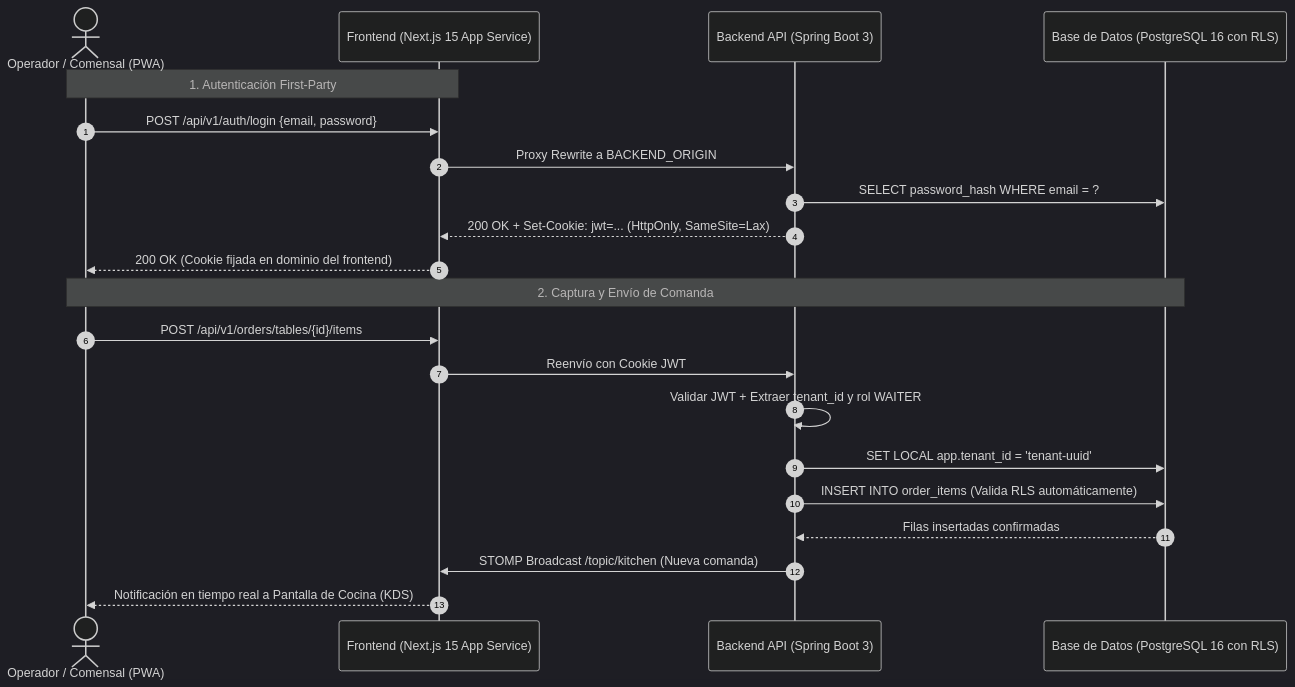
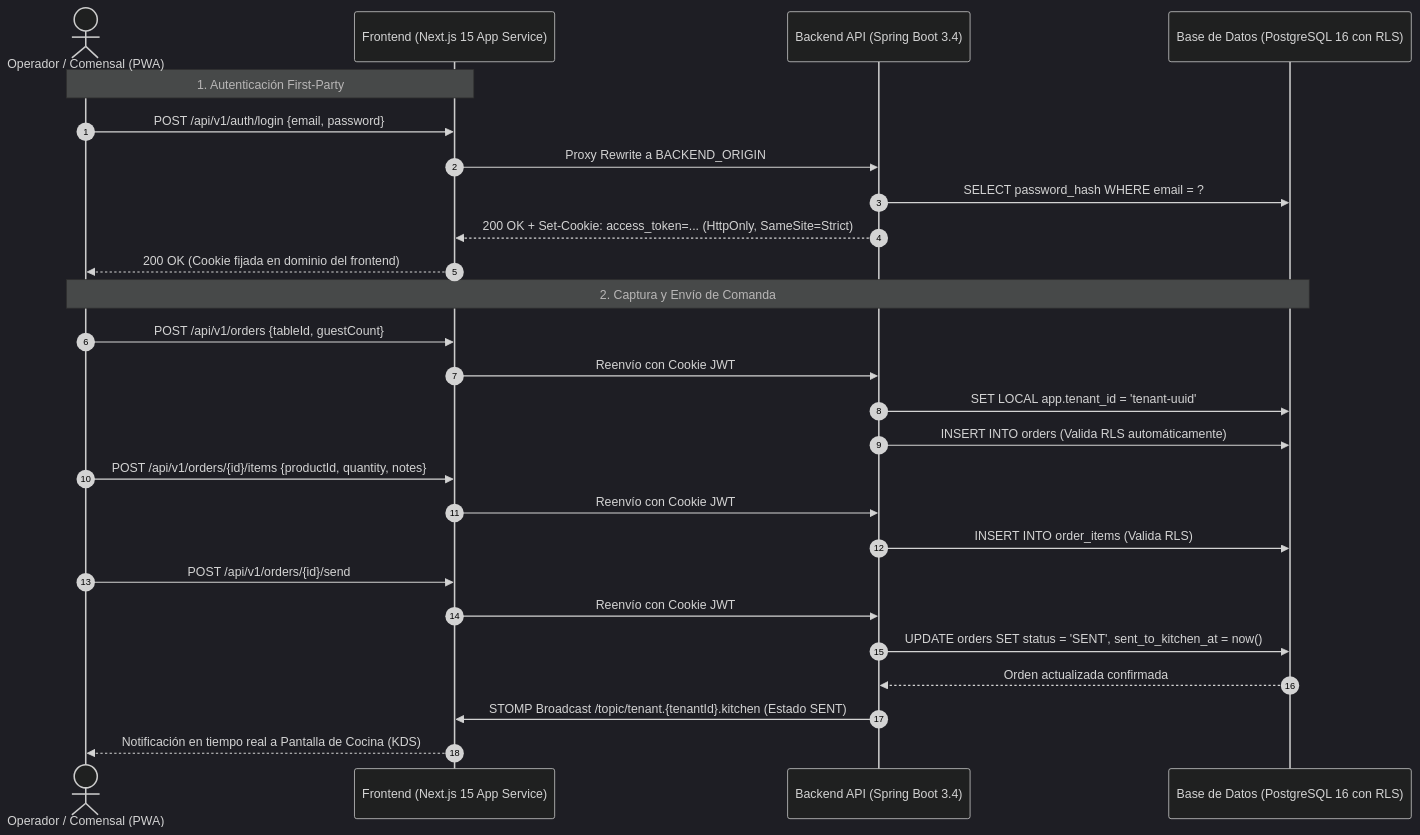
One commit to LudwinGarcia1/callejon9-saas changed the diagram in docs/cal-67-pwa-plataformas-pruebas-beta.md. Above: the diagram before and after it, drawn with Mermaid (dark theme). The commit also changed other lines of this file, not shown here.

````diff
--- a/docs/cal-67-pwa-plataformas-pruebas-beta.md
+++ b/docs/cal-67-pwa-plataformas-pruebas-beta.md
@@ -126,25 +143,30 @@
 ```mermaid
 sequenceDiagram
     autonumber
     actor Usuario as Operador / Comensal (PWA)
     participant NextJS as Frontend (Next.js 15 App Service)
-    participant Spring as Backend API (Spring Boot 3)
+    participant Spring as Backend API (Spring Boot 3.4)
     participant Postgres as Base de Datos (PostgreSQL 16 con RLS)
 
     Note over Usuario,NextJS: 1. Autenticación First-Party
     Usuario->>NextJS: POST /api/v1/auth/login {email, password}
     NextJS->>Spring: Proxy Rewrite a BACKEND_ORIGIN
     Spring->>Postgres: SELECT password_hash WHERE email = ?
-    Spring-->>NextJS: 200 OK + Set-Cookie: jwt=... (HttpOnly, SameSite=Lax)
+    Spring-->>NextJS: 200 OK + Set-Cookie: access_token=... (HttpOnly, SameSite=Strict)
     NextJS-->>Usuario: 200 OK (Cookie fijada en dominio del frontend)
 
     Note over Usuario,Postgres: 2. Captura y Envío de Comanda
-    Usuario->>NextJS: POST /api/v1/orders/tables/{id}/items
+    Usuario->>NextJS: POST /api/v1/orders {tableId, guestCount}
     NextJS->>Spring: Reenvío con Cookie JWT
-    Spring->>Spring: Validar JWT + Extraer tenant_id y rol WAITER
     Spring->>Postgres: SET LOCAL app.tenant_id = 'tenant-uuid'
-    Spring->>Postgres: INSERT INTO order_items (Valida RLS automáticamente)
-    Postgres-->>Spring: Filas insertadas confirmadas
-    Spring->>NextJS: STOMP Broadcast /topic/kitchen (Nueva comanda)
+    Spring->>Postgres: INSERT INTO orders (Valida RLS automáticamente)
+    Usuario->>NextJS: POST /api/v1/orders/{id}/items {productId, quantity, notes}
+    NextJS->>Spring: Reenvío con Cookie JWT
+    Spring->>Postgres: INSERT INTO order_items (Valida RLS)
+    Usuario->>NextJS: POST /api/v1/orders/{id}/send
+    NextJS->>Spring: Reenvío con Cookie JWT
+    Spring->>Postgres: UPDATE orders SET status = 'SENT', sent_to_kitchen_at = now()
+    Postgres-->>Spring: Orden actualizada confirmada
+    Spring->>NextJS: STOMP Broadcast /topic/tenant.{tenantId}.kitchen (Estado SENT)
     NextJS-->>Usuario: Notificación en tiempo real a Pantalla de Cocina (KDS)
 ```
````
